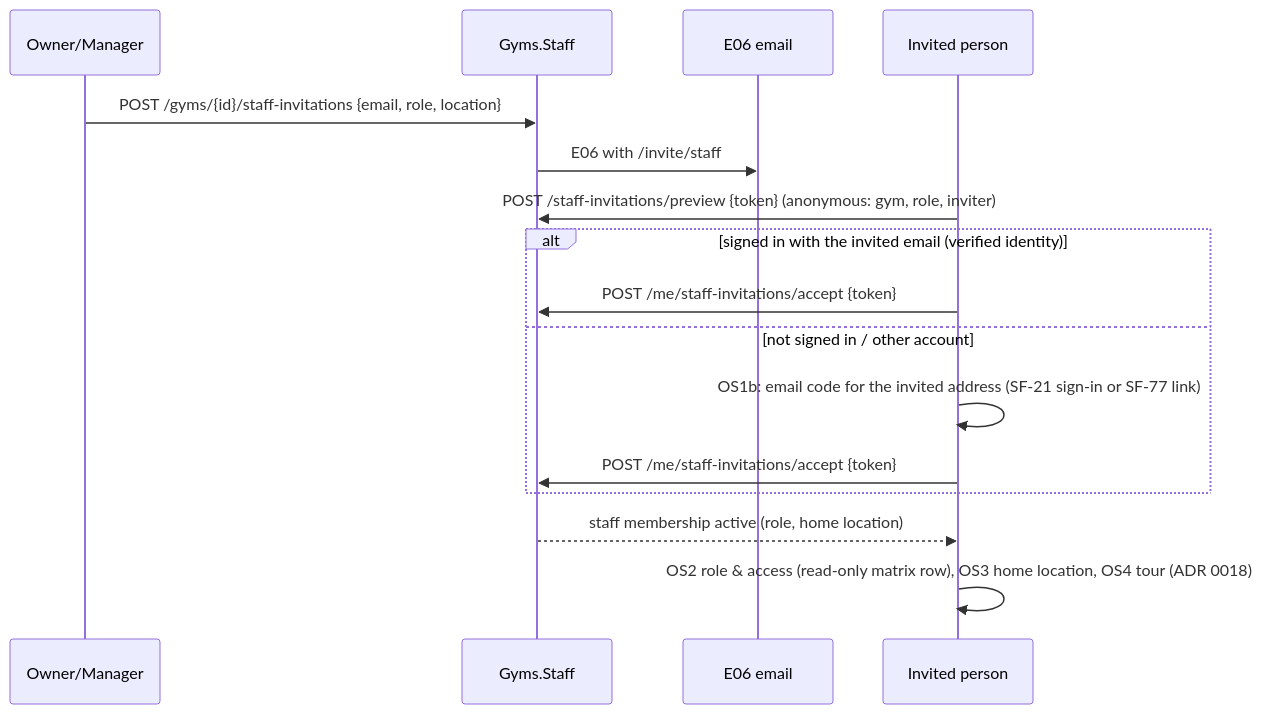
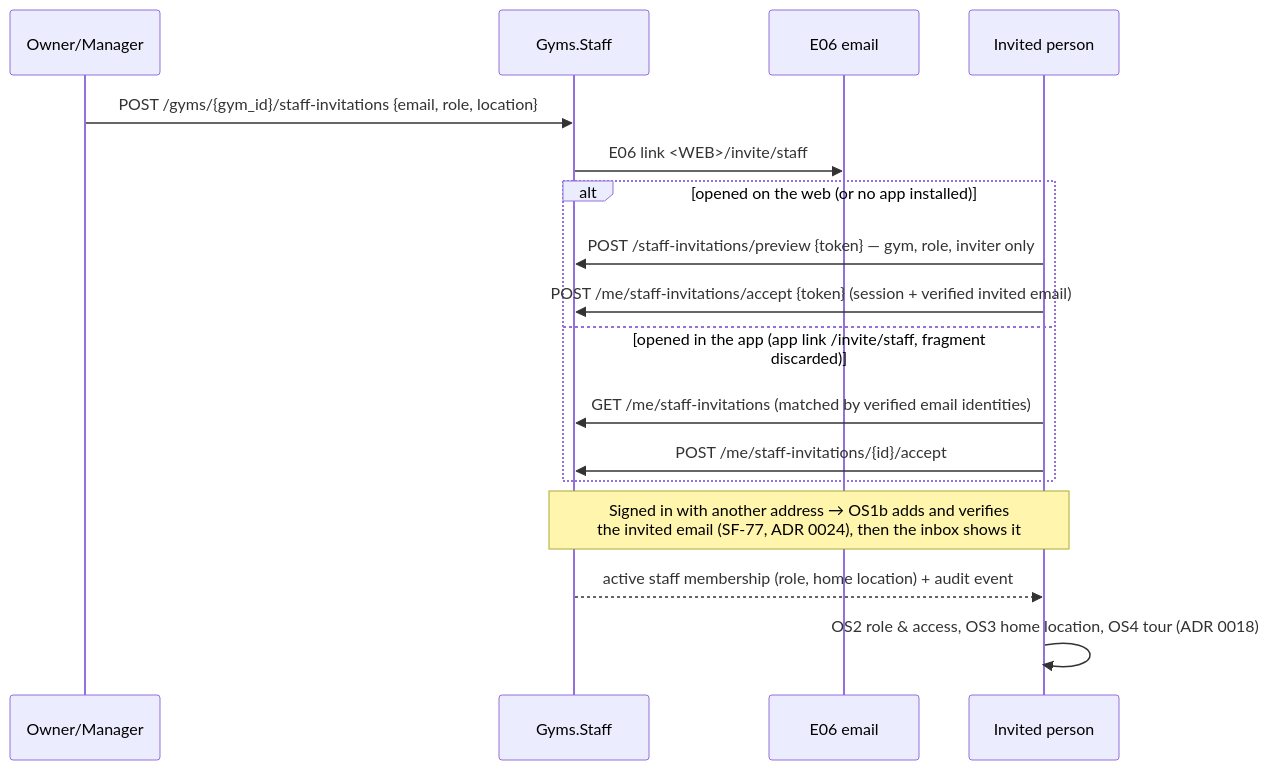
Before and after one commit to EugeniBykovski/simplefit-api: the second of 3 diagrams in docs/architecture/proposals/SF-82-gym/03-registration-workspace-lifecycle.md, drawn with Mermaid. The commit also changed other lines of this file and 13 other files, not shown here.

````diff
--- a/docs/architecture/proposals/SF-82-gym/03-registration-workspace-lifecycle.md
+++ b/docs/architecture/proposals/SF-82-gym/03-registration-workspace-lifecycle.md
@@ -82,18 +110,19 @@
 ```mermaid
 sequenceDiagram
   participant O as Owner/Manager
   participant API as Gyms.Staff
   participant M as E06 email
   participant S as Invited person
-  O->>API: POST /gyms/{id}/staff-invitations {email, role, location}
-  API->>M: E06 with /invite/staff#token=sfs_… (fragment)
-  S->>API: POST /staff-invitations/preview {token} (anonymous: gym, role, inviter)
-  alt signed in with the invited email (verified identity)
-    S->>API: POST /me/staff-invitations/accept {token}
-  else not signed in / other account
-    S->>S: OS1b: email code for the invited address (SF-21 sign-in or SF-77 link)
-    S->>API: POST /me/staff-invitations/accept {token}
+  O->>API: POST /gyms/{gym_id}/staff-invitations {email, role, location}
+  API->>M: E06 link <WEB>/invite/staff#token=sfs_… (fragment)
+  alt opened on the web (or no app installed)
+    S->>API: POST /staff-invitations/preview {token} — gym, role, inviter only
+    S->>API: POST /me/staff-invitations/accept {token} (session + verified invited email)
+  else opened in the app (app link /invite/staff, fragment discarded)
+    S->>API: GET /me/staff-invitations (matched by verified email identities)
+    S->>API: POST /me/staff-invitations/{id}/accept
   end
-  API-->>S: staff membership active (role, home location)
-  S->>S: OS2 role & access (read-only matrix row), OS3 home location, OS4 tour (ADR 0018)
+  Note over S,API: Signed in with another address → OS1b adds and verifies<br/>the invited email (SF-77, ADR 0024), then the inbox shows it
+  API-->>S: active staff membership (role, home location) + audit event
+  S->>S: OS2 role & access, OS3 home location, OS4 tour (ADR 0018)
 ```
````
